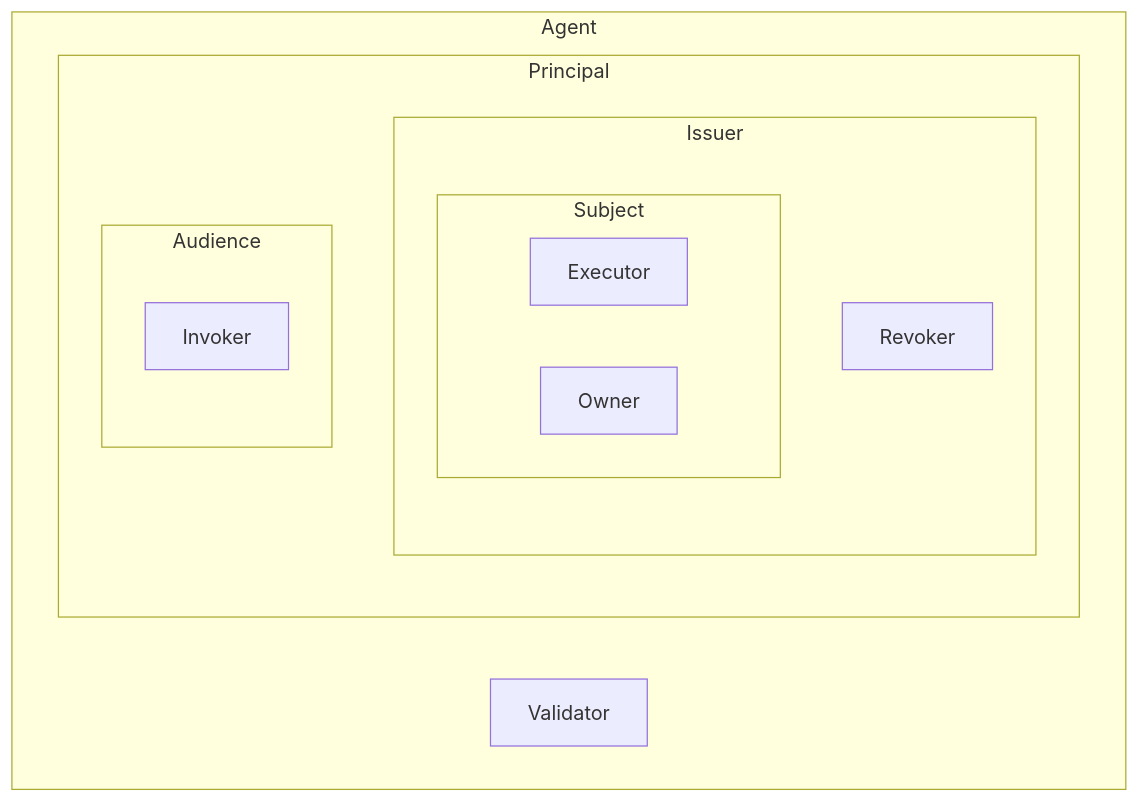
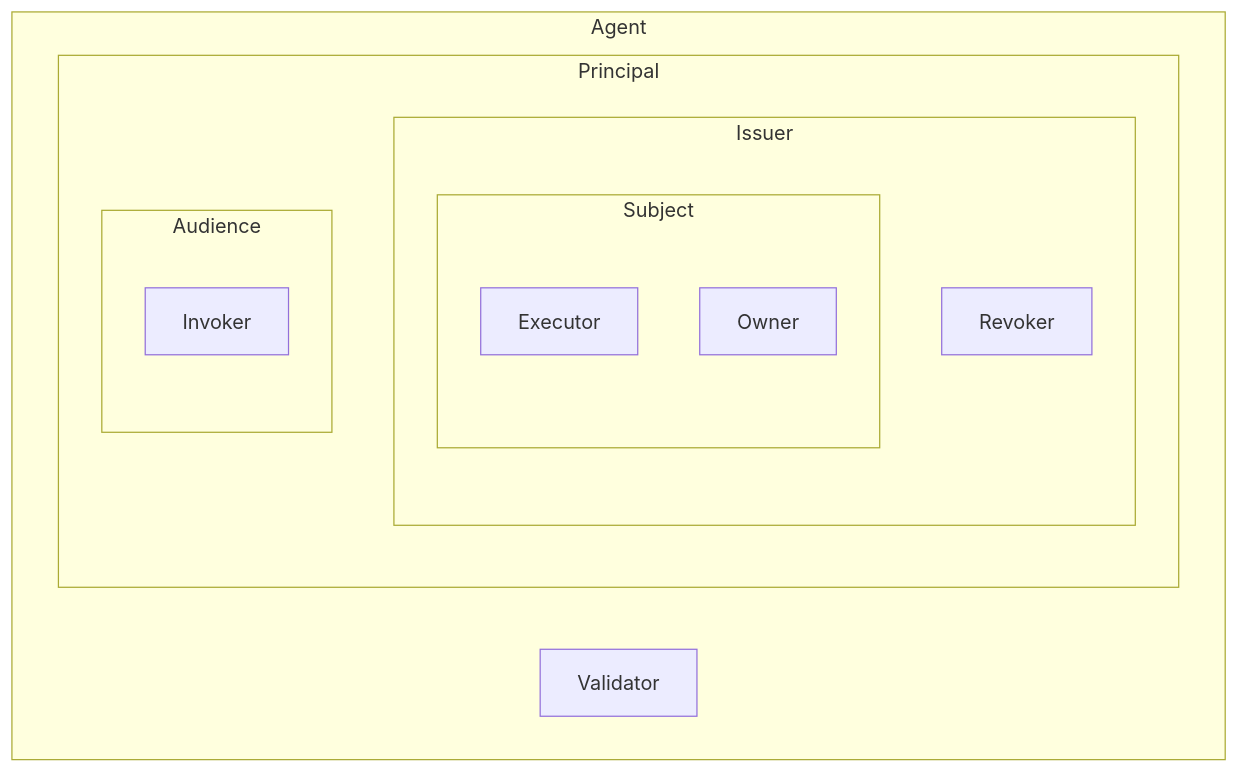
Before and after one commit to michielbdejong/spec: the third of 5 diagrams in README.md, drawn with Mermaid. The commit also changed other lines of this file, not shown here.

Commit message:
Rendering bug

````diff
--- a/README.md
+++ b/README.md
@@ -199,25 +198,27 @@
 ``` mermaid
 flowchart TD
     subgraph Agent
         subgraph Principal
             direction TB
 
             subgraph Issuer
                 direction TB
                 
                 subgraph Subject
+                    direction TB
+                    
                     Executor
                     Owner
                 end
 
                 Revoker
             end
 
             subgraph Audience
                 Invoker
             end
         end
 
         Validator
     end
 ```
````
